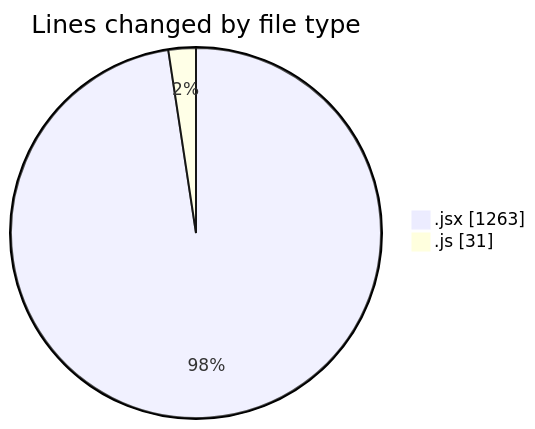
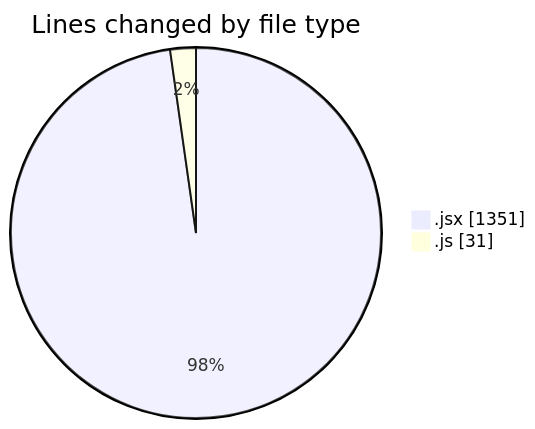
The first of 2 diagrams in 2025-08-04/nxtqube_webapp/README.md (nxtqubesakshisongat/code-tracking), drawn with Mermaid before and after one commit. The commit also changed other lines of this file and 1 other file, not shown here.

````diff
--- a/2025-08-04/nxtqube_webapp/README.md
+++ b/2025-08-04/nxtqube_webapp/README.md
@@ -22,6 +22,6 @@
 ```mermaid
 pie showData
 title Lines changed by file type
-".jsx" : 1263
+".jsx" : 1351
 ".js" : 31
 ```
````
